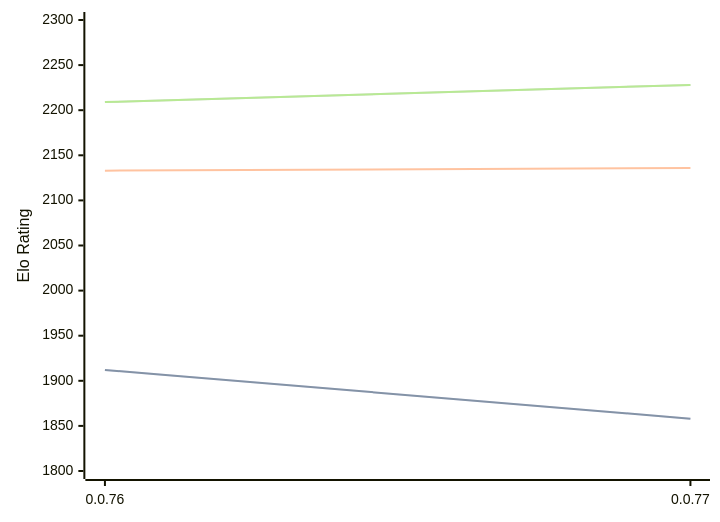
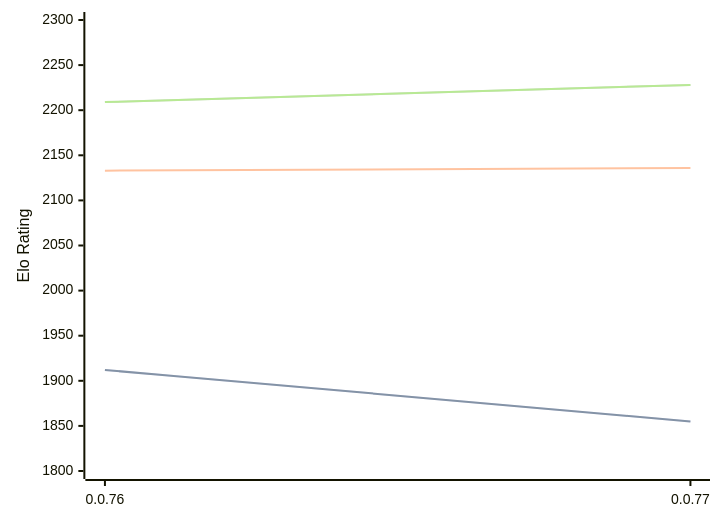
Before and after one commit to computer-chess-index/cci: the diagram in engines/Fktb.md, drawn with Mermaid. The commit also changed other lines of this file, not shown here.

````diff
--- a/engines/Fktb.md
+++ b/engines/Fktb.md
@@ -32,11 +32,11 @@
 ```mermaid
 %%{init: {"theme":"base","themeVariables":{"seriesColors:['#a3a3a3','#222221','#faa371']}}}%%
 xychart-beta
   x-axis ["0.0.76", "0.0.77"]
   y-axis "Elo Rating" 1800 --> 2300
-  line "STC (8.0+0.08s)" [1912, 1858]
-  line "STC (8.0+0.08s)" [1912, 1858]
+  line "STC (8.0+0.08s)" [1912, 1855]
+  line "STC (8.0+0.08s)" [1912, 1855]
   line "LTC (60.0+0.60s)" [2133, 2136]
   line "VLTC (2m24s+1.12s)" [2209, 2228]
   line "VLTC (2m24s+1.12s)" [2209, 2228]
 ```
````
